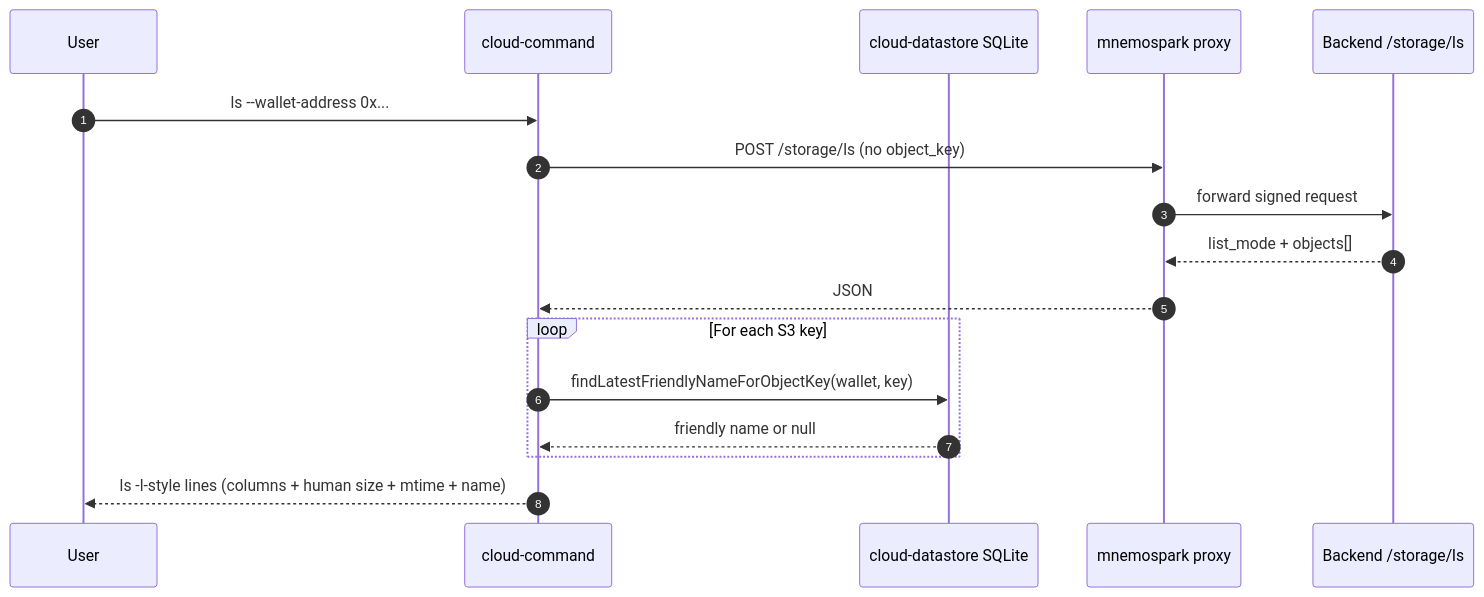
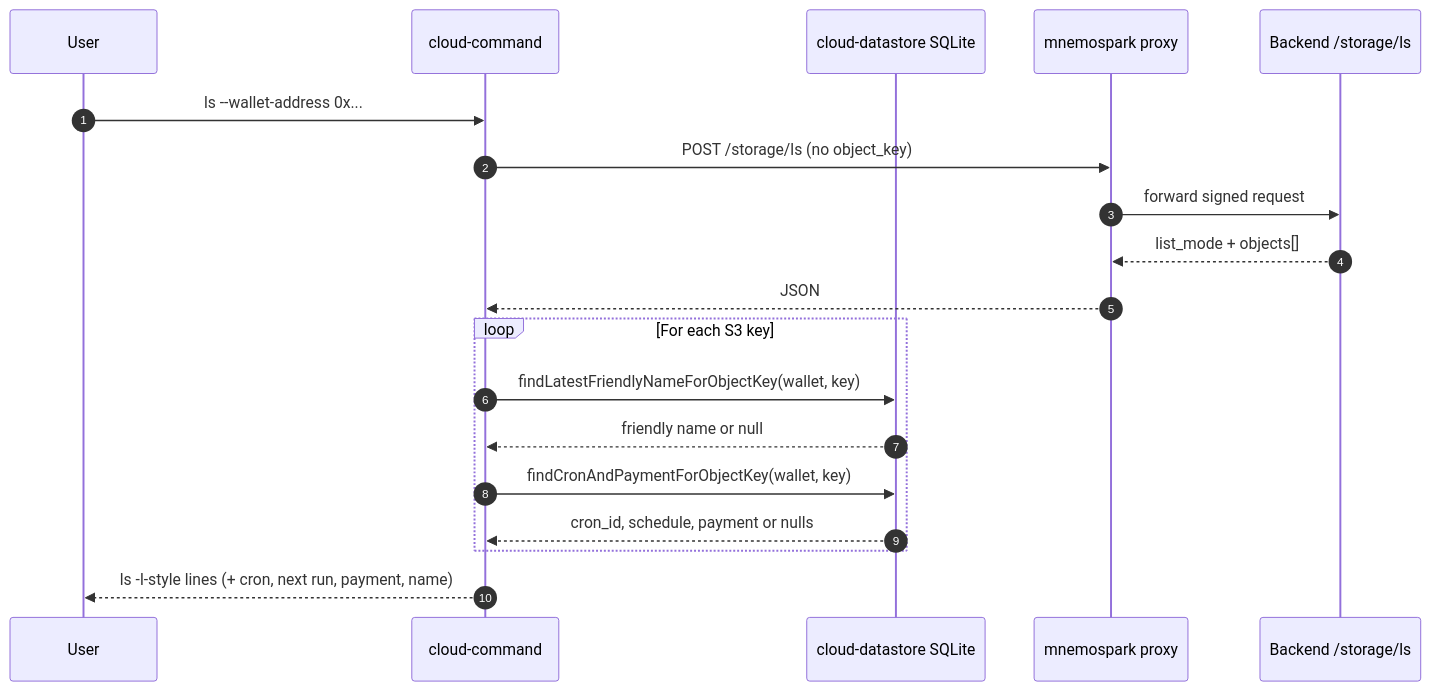
The diagram in dev_docs/features_cursor_dev/cursor-dev-49-mnemospark-client-storage-ls-list-friendly-names.md (pawlsclick/mnemospark-docs), drawn with Mermaid before and after one commit. The commit also changed other lines of this file and 1 other file, not shown here.

First line of the commit message:
docs(cursor-dev-49 rev 4): ls columns for cron id, next run, payment

````diff
--- a/dev_docs/features_cursor_dev/cursor-dev-49-mnemospark-client-storage-ls-list-friendly-names.md
+++ b/dev_docs/features_cursor_dev/cursor-dev-49-mnemospark-client-storage-ls-list-friendly-names.md
@@ -134,20 +149,22 @@
 ```mermaid
 sequenceDiagram
   autonumber
   participant User
   participant Cmd as cloud-command
   participant DS as cloud-datastore SQLite
   participant Proxy as mnemospark proxy
   participant API as Backend /storage/ls
 
   User->>Cmd: ls --wallet-address 0x...
   Cmd->>Proxy: POST /storage/ls (no object_key)
   Proxy->>API: forward signed request
   API-->>Proxy: list_mode + objects[]
   Proxy-->>Cmd: JSON
   loop For each S3 key
     Cmd->>DS: findLatestFriendlyNameForObjectKey(wallet, key)
     DS-->>Cmd: friendly name or null
+    Cmd->>DS: findCronAndPaymentForObjectKey(wallet, key)
+    DS-->>Cmd: cron_id, schedule, payment or nulls
   end
-  Cmd-->>User: ls -l-style lines (columns + human size + mtime + name)
+  Cmd-->>User: ls -l-style lines (+ cron, next run, payment, name)
 ```
````
